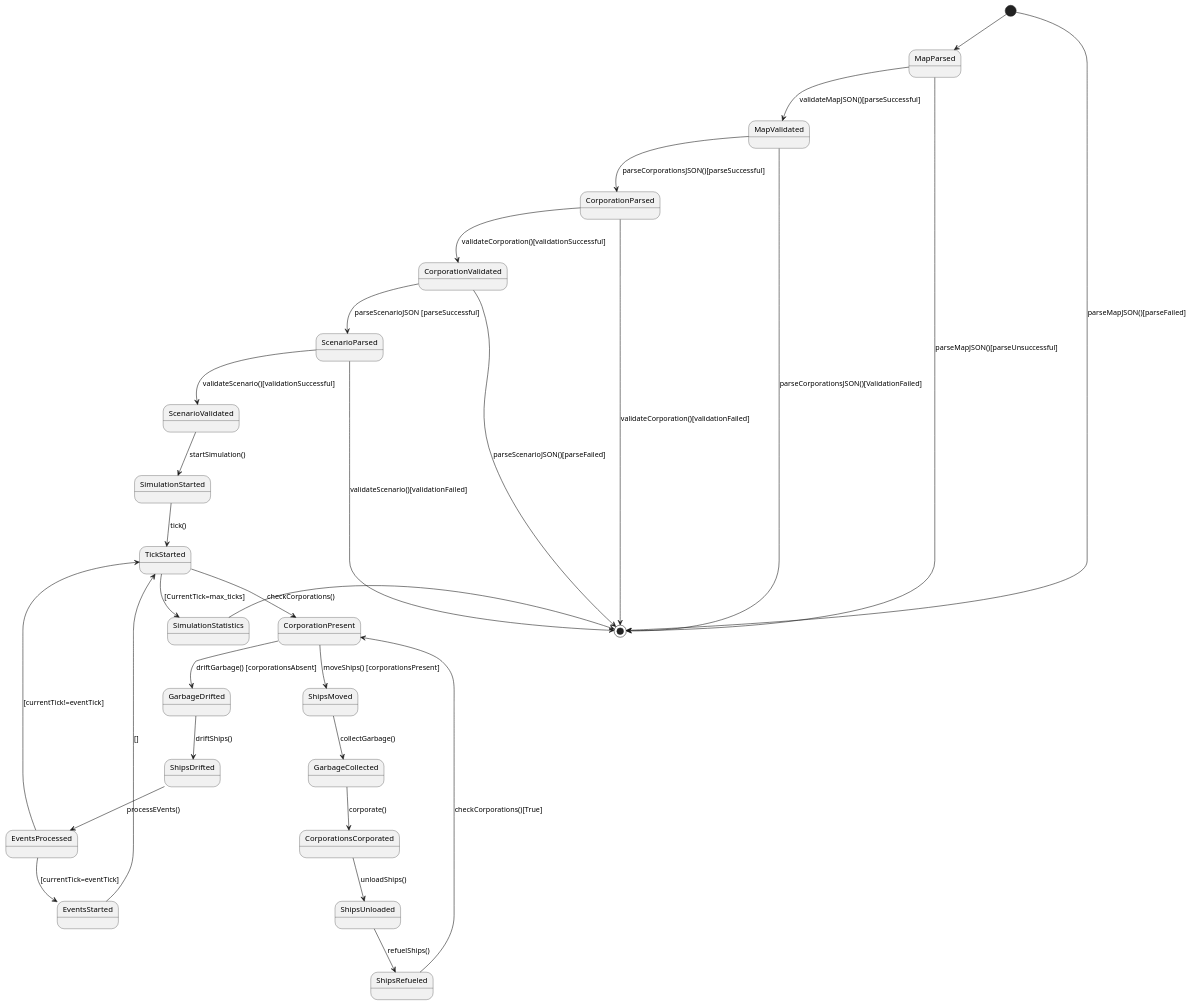
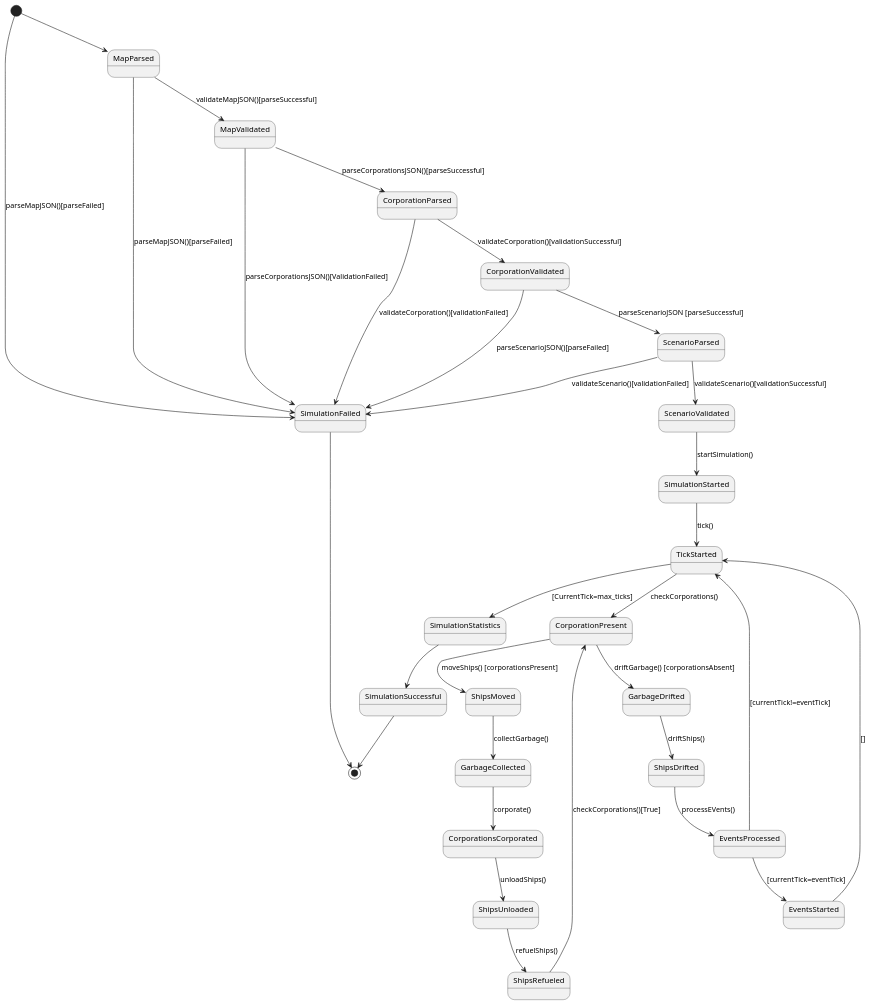
One commit to Atharvakore/Save-The-Saardines changed the diagram in StateDiagram.puml. Above: the diagram before and after it, drawn with PlantUML.

Commit message:
added two end states to represent successful and failed simulation

```diff
--- a/StateDiagram.puml
+++ b/StateDiagram.puml
@@ -1,35 +1,38 @@
 @startuml
 [*] --> MapParsed
 MapParsed --> MapValidated: validateMapJSON()[parseSuccessful]
-MapParsed --> [*] : parseMapJSON()[parseUnsuccessful]
-[*] --> [*] : parseMapJSON()[parseFailed]
+MapParsed --> SimulationFailed : parseMapJSON()[parseFailed]
+[*] --> SimulationFailed : parseMapJSON()[parseFailed]
 
 MapValidated --> CorporationParsed : parseCorporationsJSON()[parseSuccessful]
-MapValidated --> [*] : parseCorporationsJSON()[ValidationFailed]
+MapValidated --> SimulationFailed : parseCorporationsJSON()[ValidationFailed]
 CorporationParsed -->CorporationValidated : validateCorporation()[validationSuccessful]
-CorporationParsed -->[*] : validateCorporation()[validationFailed]
+CorporationParsed -->SimulationFailed : validateCorporation()[validationFailed]
 CorporationValidated --> ScenarioParsed : parseScenarioJSON [parseSuccessful]
 ScenarioParsed --> ScenarioValidated : validateScenario()[validationSuccessful]
-ScenarioParsed --> [*] : validateScenario()[validationFailed]
-CorporationValidated --> [*] : parseScenarioJSON()[parseFailed]
+ScenarioParsed --> SimulationFailed : validateScenario()[validationFailed]
+CorporationValidated --> SimulationFailed : parseScenarioJSON()[parseFailed]
+
+SimulationFailed --> [*]
 
 ScenarioValidated--> SimulationStarted : startSimulation()
 
 SimulationStarted --> TickStarted : tick()
 
 TickStarted --> CorporationPresent : checkCorporations()
 CorporationPresent --> ShipsMoved : moveShips() [corporationsPresent]
 ShipsMoved --> GarbageCollected : collectGarbage()
 GarbageCollected --> CorporationsCorporated : corporate()
 CorporationsCorporated --> ShipsUnloaded : unloadShips()
 ShipsUnloaded --> ShipsRefueled : refuelShips()
 ShipsRefueled --> CorporationPresent : checkCorporations()[True]
 CorporationPresent --> GarbageDrifted : driftGarbage() [corporationsAbsent]
 GarbageDrifted --> ShipsDrifted : driftShips()
 ShipsDrifted --> EventsProcessed : processEVents()
 EventsProcessed --> TickStarted : [currentTick!=eventTick]
 EventsProcessed --> EventsStarted : [currentTick=eventTick]
 EventsStarted --> TickStarted : []
 TickStarted --> SimulationStatistics : [CurrentTick=max_ticks]
-SimulationStatistics -> [*]
+SimulationStatistics --> SimulationSuccessful 
+SimulationSuccessful --> [*]
 @enduml
```
